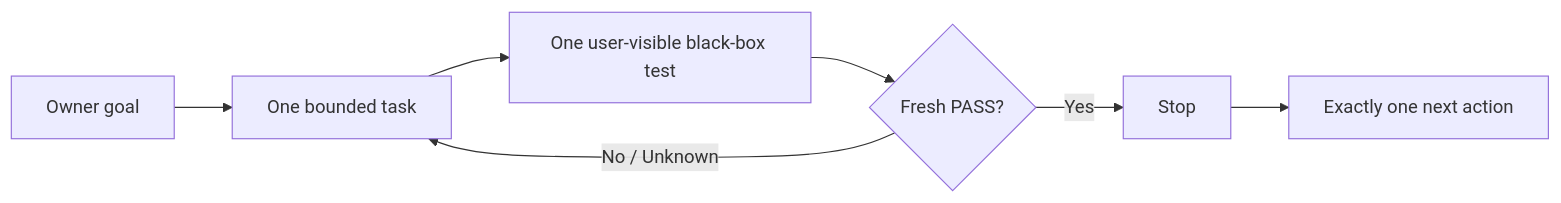
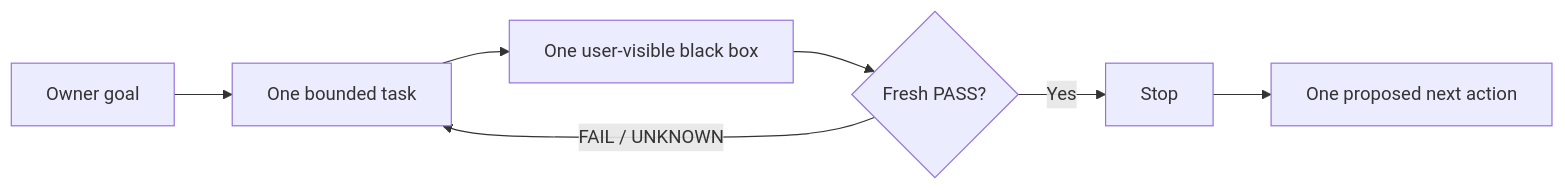
The first of 2 diagrams in README.md (t01089572455/oh-no-codex), drawn with Mermaid before and after one commit. The commit also changed other lines of this file and 2 other files, not shown here.

Commit message:
docs: refine README brand and language flow

````diff
--- a/README.md
+++ b/README.md
@@ -64,9 +78,9 @@
 ```mermaid
 flowchart LR
     A["Owner goal"] --> B["One bounded task"]
-    B --> C["One user-visible black-box test"]
+    B --> C["One user-visible black box"]
     C --> D{"Fresh PASS?"}
-    D -- "No / Unknown" --> B
+    D -- "FAIL / UNKNOWN" --> B
     D -- "Yes" --> E["Stop"]
-    E --> F["Exactly one next action"]
+    E --> F["One proposed next action"]
 ```
````
